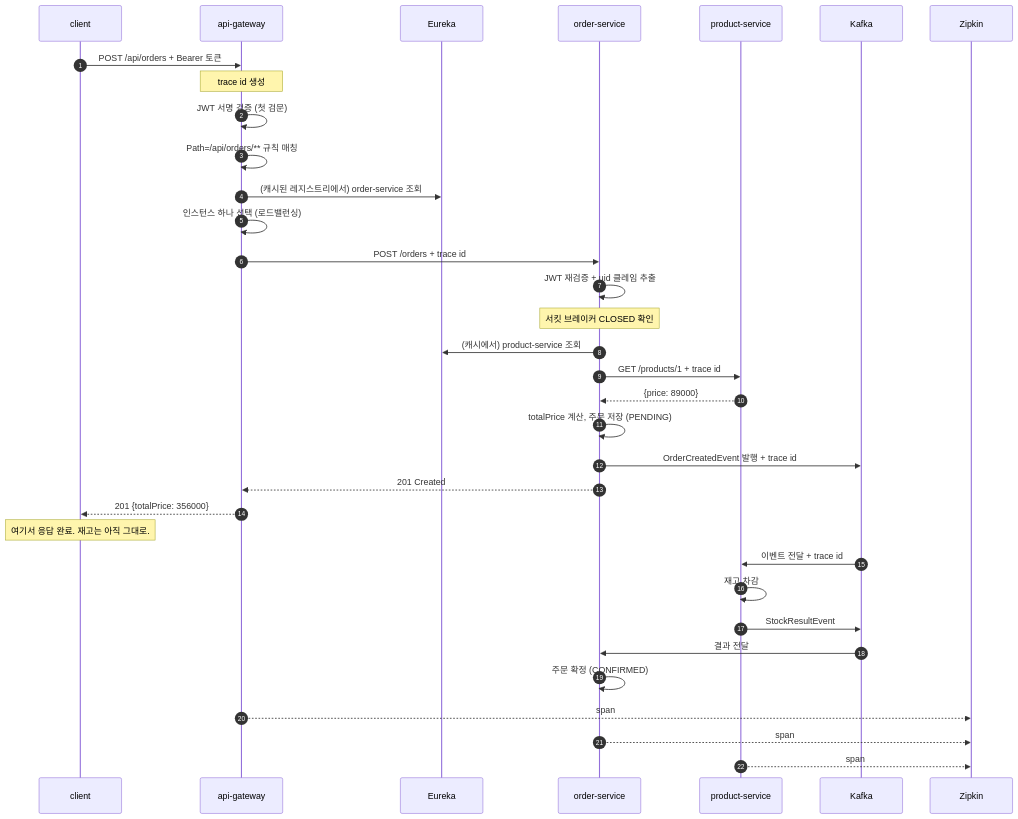
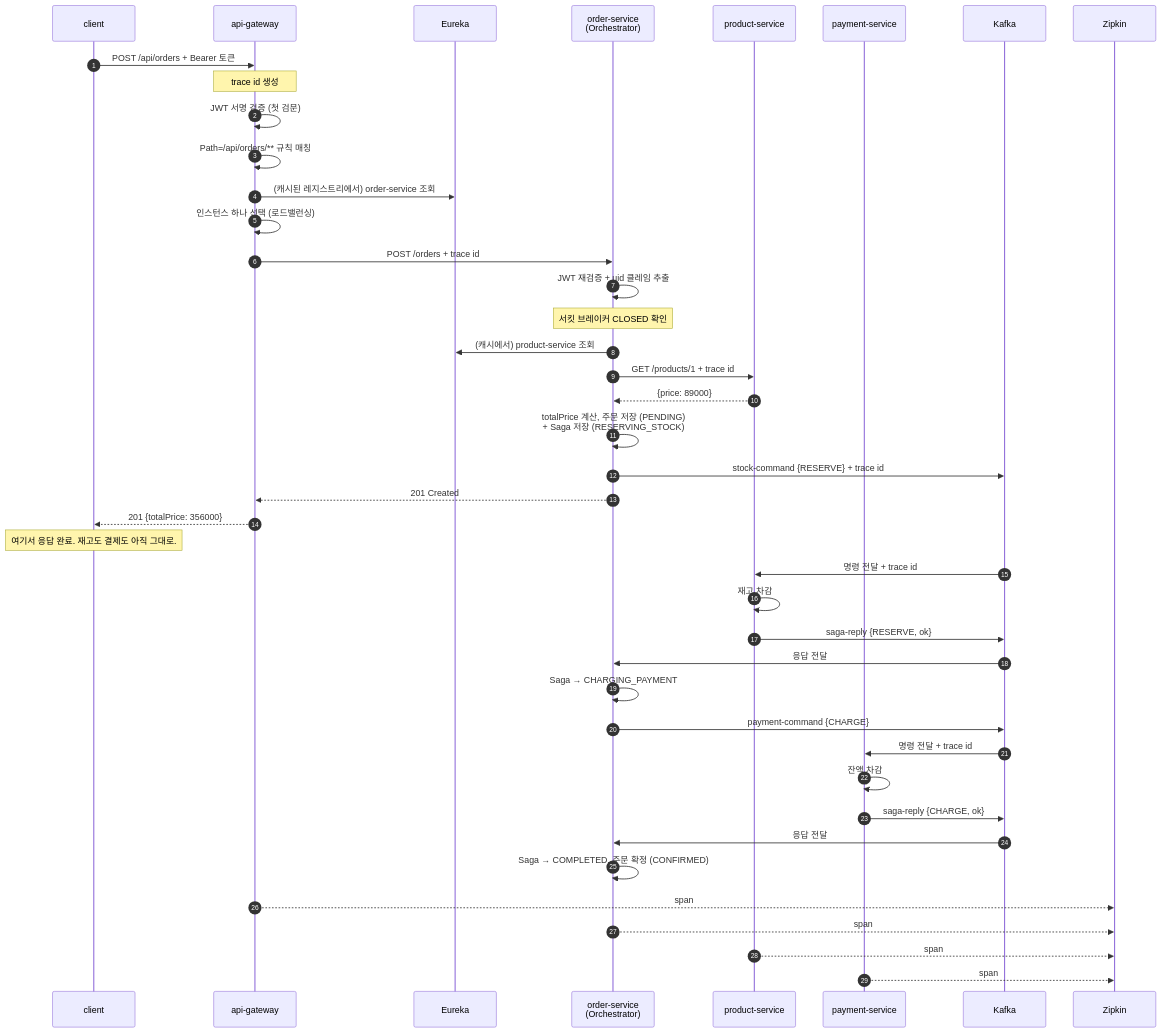
One commit to Jin-dev92/springboot-simple-msa changed diagram 22 of 23 in docs/msa-learning-note.md. Above: the diagram before and after it, drawn with Mermaid. The commit also changed other lines of this file and 54 other files, not shown here.

````diff
--- a/docs/msa-learning-note.md
+++ b/docs/msa-learning-note.md
@@ -1052,43 +1317,51 @@
 ```mermaid
 sequenceDiagram
     autonumber
     participant C as client
     participant G as api-gateway
     participant E as Eureka
-    participant O as order-service
+    participant O as order-service<br/>(Orchestrator)
     participant P as product-service
+    participant Y as payment-service
     participant K as Kafka
     participant Z as Zipkin
 
     C->>G: POST /api/orders + Bearer 토큰
     Note over G: trace id 생성
     G->>G: JWT 서명 검증 (첫 검문)
 
     G->>G: Path=/api/orders/** 규칙 매칭
     G->>E: (캐시된 레지스트리에서) order-service 조회
     G->>G: 인스턴스 하나 선택 (로드밸런싱)
     G->>O: POST /orders + trace id
 
     O->>O: JWT 재검증 + uid 클레임 추출
     Note over O: 서킷 브레이커 CLOSED 확인
     O->>E: (캐시에서) product-service 조회
     O->>P: GET /products/1 + trace id
     P-->>O: {price: 89000}
 
-    O->>O: totalPrice 계산, 주문 저장 (PENDING)
-    O->>K: OrderCreatedEvent 발행 + trace id
+    O->>O: totalPrice 계산, 주문 저장 (PENDING)<br/>+ Saga 저장 (RESERVING_STOCK)
+    O->>K: stock-command {RESERVE} + trace id
     O-->>G: 201 Created
     G-->>C: 201 {totalPrice: 356000}
 
-    Note over C: 여기서 응답 완료. 재고는 아직 그대로.
+    Note over C: 여기서 응답 완료. 재고도 결제도 아직 그대로.
 
-    K->>P: 이벤트 전달 + trace id
+    K->>P: 명령 전달 + trace id
     P->>P: 재고 차감
-    P->>K: StockResultEvent
-    K->>O: 결과 전달
-    O->>O: 주문 확정 (CONFIRMED)
+    P->>K: saga-reply {RESERVE, ok}
+    K->>O: 응답 전달
+    O->>O: Saga → CHARGING_PAYMENT
+    O->>K: payment-command {CHARGE}
+    K->>Y: 명령 전달 + trace id
+    Y->>Y: 잔액 차감
+    Y->>K: saga-reply {CHARGE, ok}
+    K->>O: 응답 전달
+    O->>O: Saga → COMPLETED, 주문 확정 (CONFIRMED)
 
     G-->>Z: span
     O-->>Z: span
     P-->>Z: span
+    Y-->>Z: span
 ```
````
